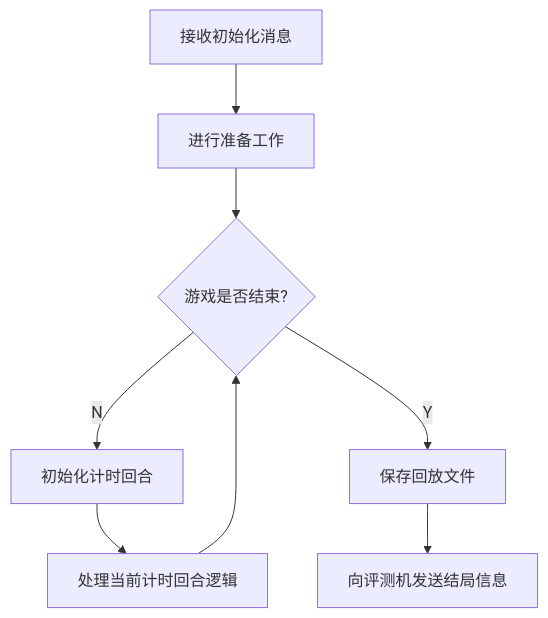
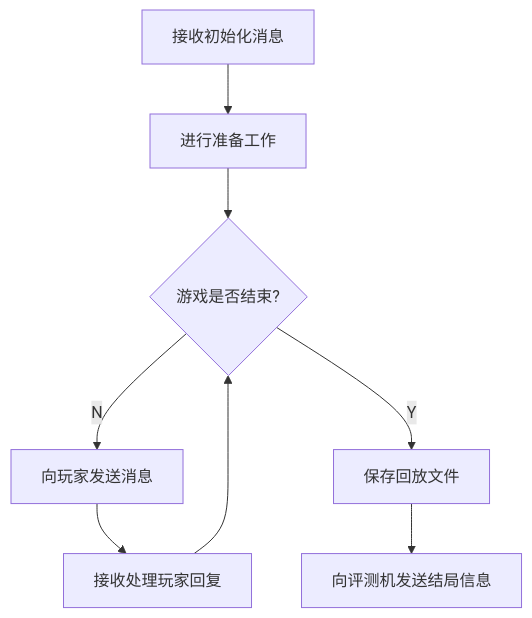
The diagram in logic/README.md (saiblo/saiblo-game-templates), drawn with Mermaid before and after one commit. The commit also changed other lines of this file and 3 other files, not shown here.

````diff
--- a/logic/README.md
+++ b/logic/README.md
@@ -17,13 +17,13 @@
 ```mermaid
 graph TD;
 #1[接收初始化消息]
 #2[进行准备工作]
 #3{游戏是否结束?}
-#4[初始化计时回合]
-#5[处理当前计时回合逻辑]
+#4[向玩家发送消息]
+#5[接收处理玩家回复]
 #6[保存回放文件]
 #7[向评测机发送结局信息]
 #1-->#2-->#3
 #3--N-->#4-->#5-->#3
 #3--Y-->#6-->#7
 ```
````
